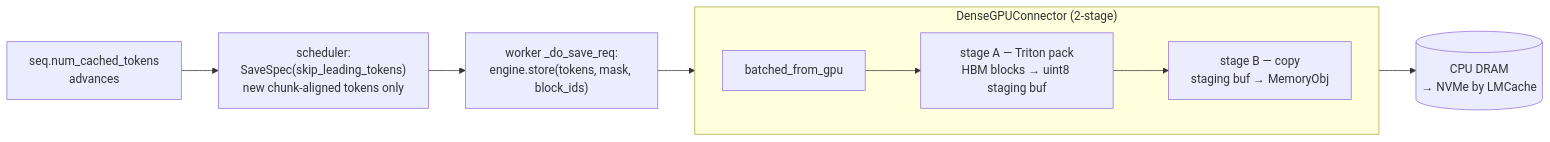
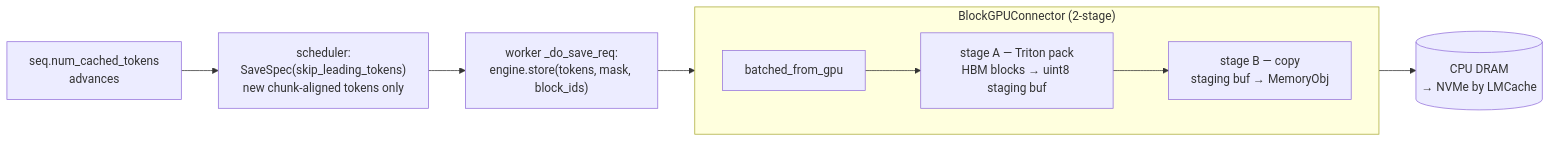
The second of 4 diagrams in atom/kv_transfer/offload/README.md (ROCm/ATOM), drawn with Mermaid before and after one commit. The commit also changed other lines of this file and 34 other files, not shown here.

````diff
--- a/atom/kv_transfer/offload/README.md
+++ b/atom/kv_transfer/offload/README.md
@@ -328,12 +321,12 @@
 ```mermaid
 flowchart LR
     A["seq.num_cached_tokens<br/>advances"] --> B["scheduler:<br/>SaveSpec(skip_leading_tokens)<br/>new chunk-aligned tokens only"]
     B --> C["worker _do_save_req:<br/>engine.store(tokens, mask, block_ids)"]
     C --> D["batched_from_gpu"]
-    subgraph PIPE_S["DenseGPUConnector (2-stage)"]
+    subgraph PIPE_S["BlockGPUConnector (2-stage)"]
         direction LR
         D --> E["stage A — Triton pack<br/>HBM blocks → uint8 staging buf"]
         E --> F["stage B — copy<br/>staging buf → MemoryObj"]
     end
     F --> G[("CPU DRAM<br/>→ NVMe by LMCache")]
 ```
````
